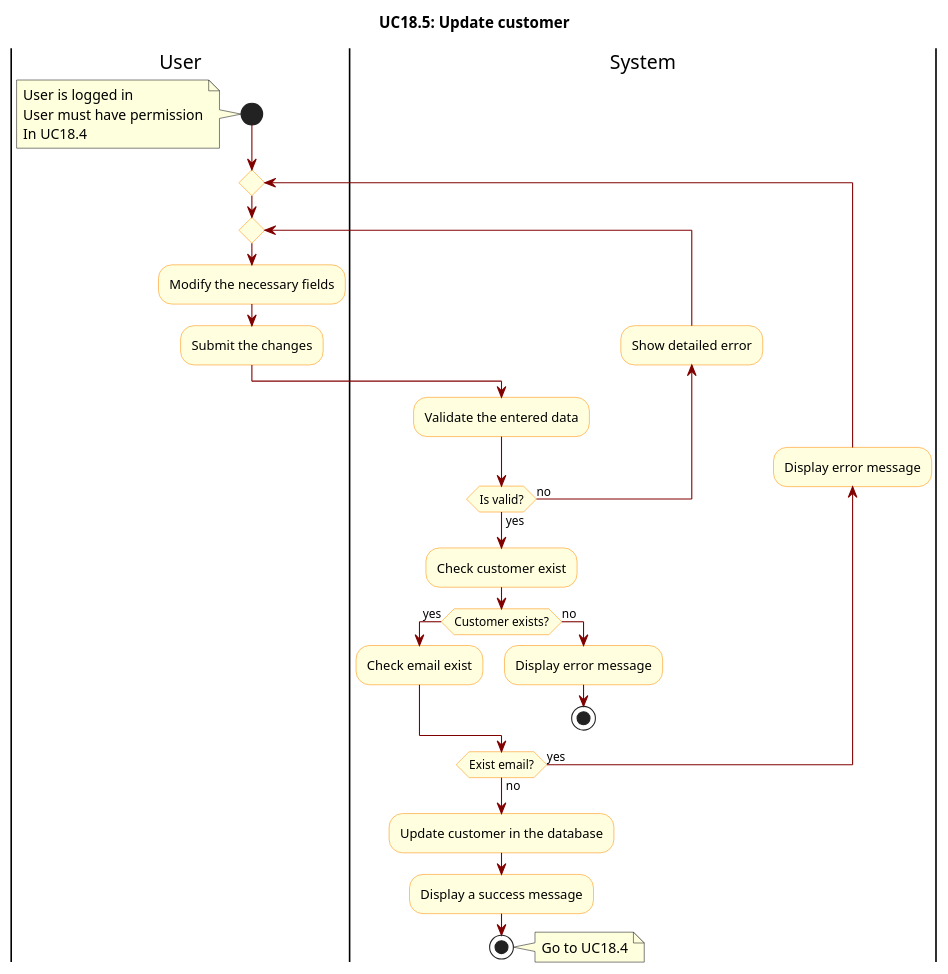
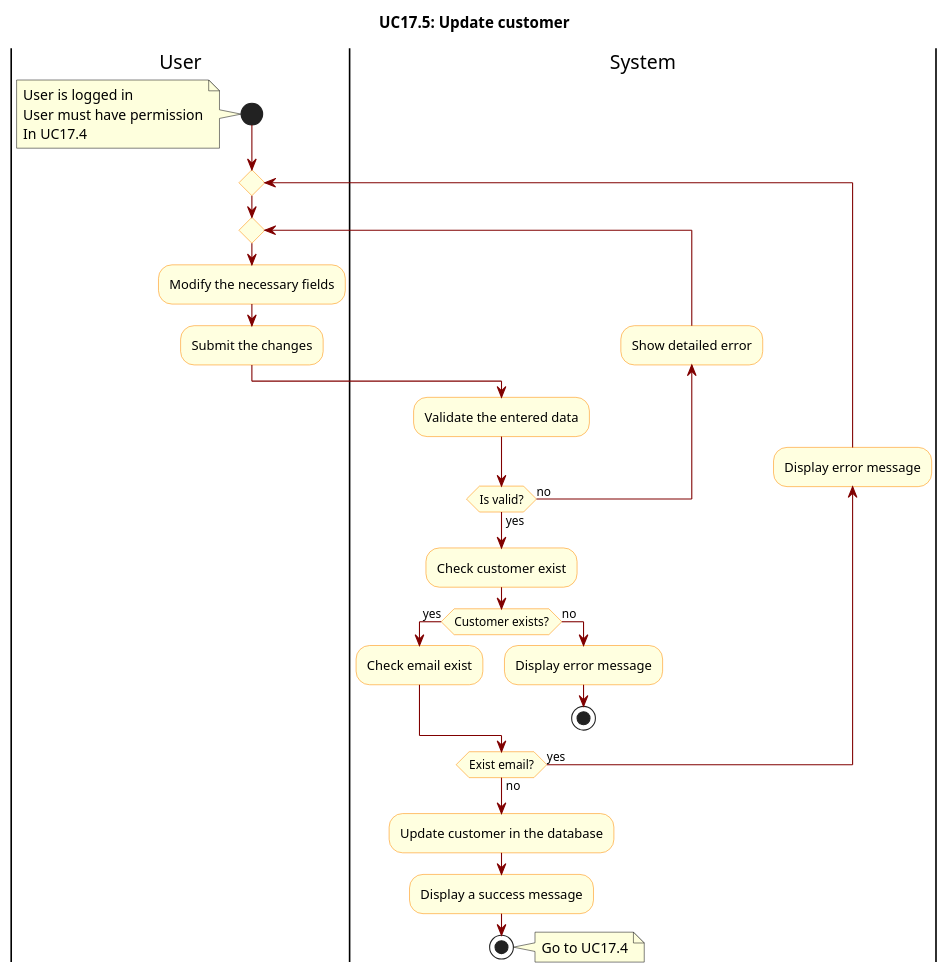
One commit to hiusnguyen201/BE_ClothingShop changed the diagram in docs/activity diagram/UC18.5-UpdateCustomer.wsd. Above: the diagram before and after it, drawn with PlantUML. The commit also changed 79 other files, not shown here.

Commit message:
#73 thuongbsls2004 fix activity diagram

```diff
--- a/docs/activity diagram/UC18.5-UpdateCustomer.wsd
+++ b/docs/activity diagram/UC18.5-UpdateCustomer.wsd
@@ -1,47 +1,47 @@
 @startuml
 
 skinparam ActivityBackgroundColor LightYellow
 skinparam ActivityBorderColor DarkOrange
 skinparam ArrowColor Maroon
 
-title UC18.5: Update customer
+title UC17.5: Update customer
 
 |User|
 start
 note left
     User is logged in  
     User must have permission
-    In UC18.4
+    In UC17.4
 end note
 
 repeat 
     repeat 
         |User|
         :Modify the necessary fields;
         :Submit the changes;
 
         |System|
         :Validate the entered data;
 
         backward :Show detailed error;
     repeat while(Is valid?) is(no) not(yes)
 
     :Check customer exist;
     if(Customer exists?) then(yes)
         :Check email exist;
     else(no)
         :Display error message;
         stop
     endif
 
     backward :Display error message;
 repeat while(Exist email?) is(yes) not(no)
 
 :Update customer in the database;
 :Display a success message;
 stop
 note right
-    Go to UC18.4
+    Go to UC17.4
 end note
 
 @enduml
```
